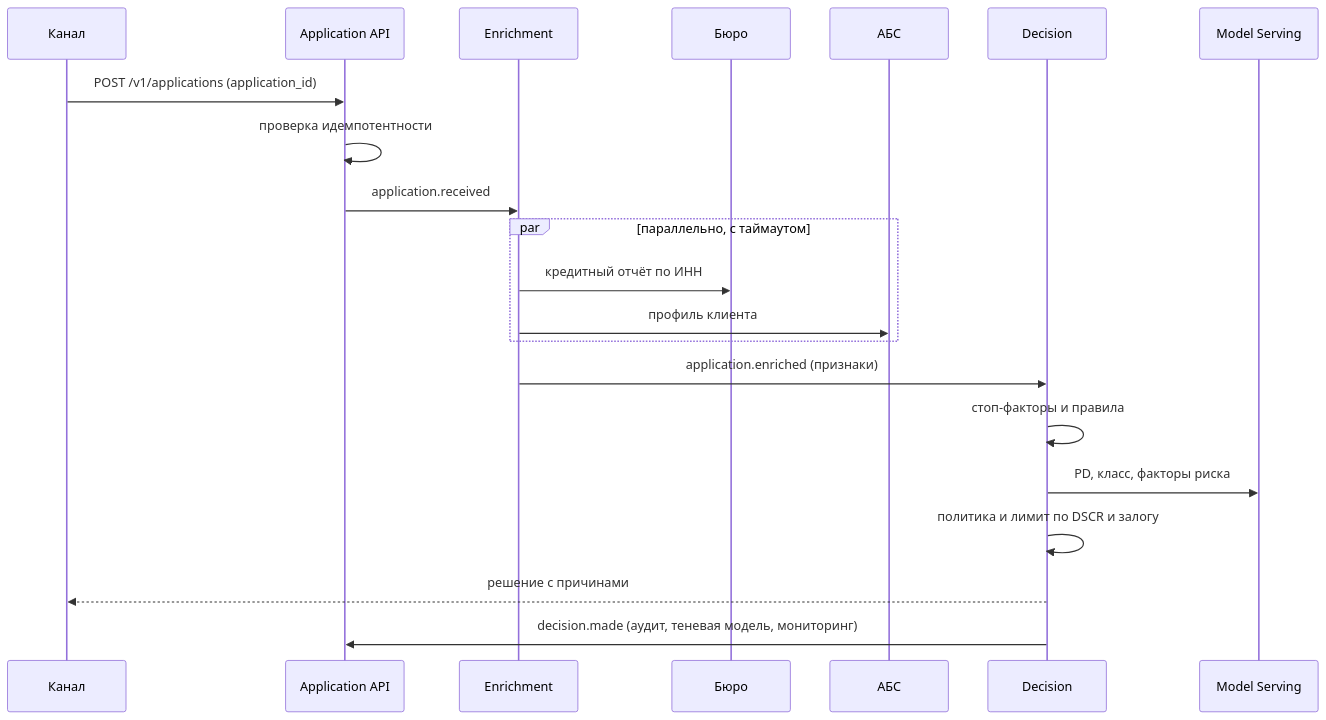
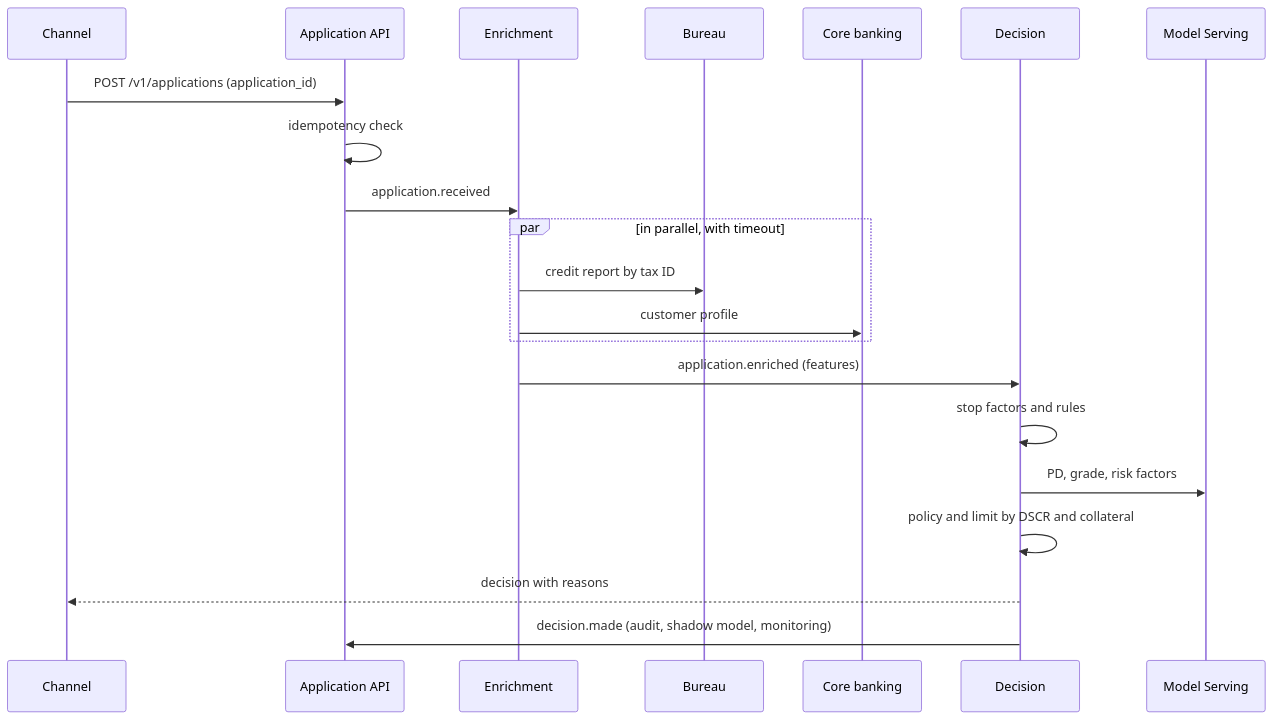
Before and after one commit to kuntsman-prog/credit-decision-engine: the third of 4 diagrams in ARCHITECTURE.md, drawn with Mermaid. The commit also changed other lines of this file, not shown here.

````diff
--- a/ARCHITECTURE.md
+++ b/ARCHITECTURE.md
@@ -51,23 +53,23 @@
 ```mermaid
 sequenceDiagram
-    participant C as Канал
+    participant C as Channel
     participant A as Application API
     participant E as Enrichment
-    participant B as Бюро
-    participant S as АБС
+    participant B as Bureau
+    participant S as Core banking
     participant D as Decision
     participant M as Model Serving
     C->>A: POST /v1/applications (application_id)
-    A->>A: проверка идемпотентности
+    A->>A: idempotency check
     A->>E: application.received
-    par параллельно, с таймаутом
-        E->>B: кредитный отчёт по ИНН
-        E->>S: профиль клиента
+    par in parallel, with timeout
+        E->>B: credit report by tax ID
+        E->>S: customer profile
     end
-    E->>D: application.enriched (признаки)
-    D->>D: стоп-факторы и правила
-    D->>M: PD, класс, факторы риска
-    D->>D: политика и лимит по DSCR и залогу
-    D-->>C: решение с причинами
-    D->>A: decision.made (аудит, теневая модель, мониторинг)
+    E->>D: application.enriched (features)
+    D->>D: stop factors and rules
+    D->>M: PD, grade, risk factors
+    D->>D: policy and limit by DSCR and collateral
+    D-->>C: decision with reasons
+    D->>A: decision.made (audit, shadow model, monitoring)
 ```
````
